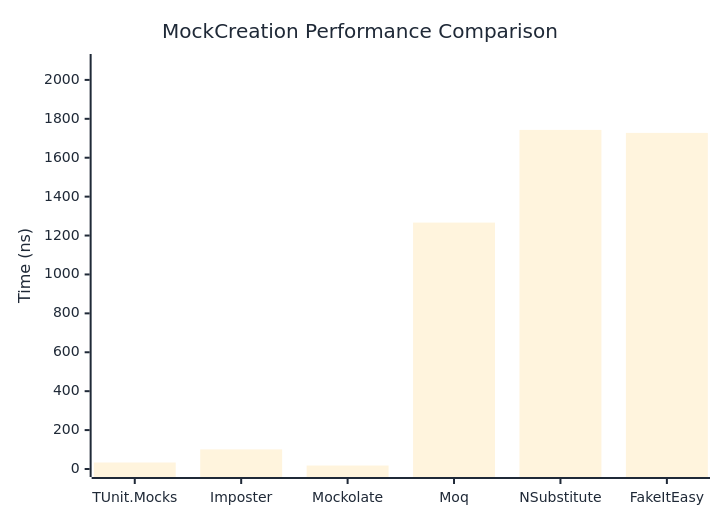
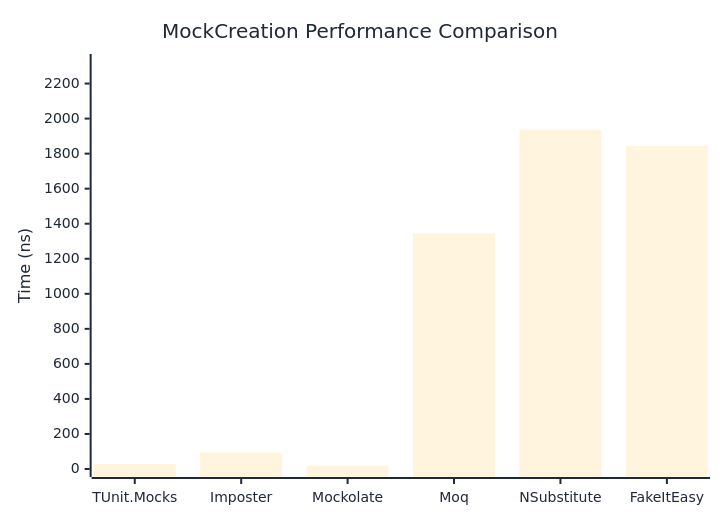
One commit to thomhurst/TUnit changed the first of 2 diagrams in docs/docs/benchmarks/mocks/MockCreation.md. Above: the diagram before and after it, drawn with Mermaid. The commit also changed other lines of this file and 14 other files, not shown here.

````diff
--- a/docs/docs/benchmarks/mocks/MockCreation.md
+++ b/docs/docs/benchmarks/mocks/MockCreation.md
@@ -30,27 +30,27 @@
 ```mermaid
 %%{init: {
   'theme':'base',
   'themeVariables': {
     'primaryColor': '#2563eb',
     'primaryTextColor': '#1f2937',
     'primaryBorderColor': '#1e40af',
     'lineColor': '#6b7280',
     'secondaryColor': '#7c3aed',
     'tertiaryColor': '#dc2626',
     'background': '#ffffff',
     'pie1': '#2563eb',
     'pie2': '#7c3aed',
     'pie3': '#dc2626',
     'pie4': '#f59e0b',
     'pie5': '#10b981',
     'pie6': '#06b6d4',
     'pie7': '#ec4899',
     'pie8': '#6366f1'
   }
 }}%%
 xychart-beta
   title "MockCreation Performance Comparison"
   x-axis ["TUnit.Mocks", "Imposter", "Mockolate", "Moq", "NSubstitute", "FakeItEasy"]
-  y-axis "Time (ns)" 0 --> 2092
-  bar [33.43, 100.81, 17.82, 1266.56, 1742.91, 1727.53]
+  y-axis "Time (ns)" 0 --> 2323
+  bar [29.04, 93.62, 17.71, 1344.12, 1935.6, 1843.83]
 ```
````
